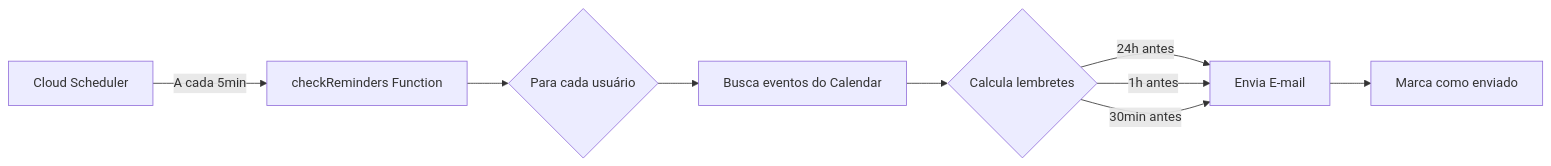
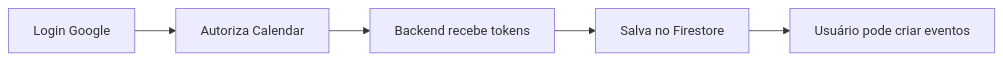
Before and after one commit to Ald3b4r4n/VidaExtra: the second of 2 diagrams in README.md, drawn with Mermaid. The commit also changed other lines of this file and 4 other files, not shown here.

````diff
--- a/README.md
+++ b/README.md
@@ -666,11 +606,7 @@
 ```mermaid
 graph LR
-    A[Cloud Scheduler] -->|A cada 5min| B[checkReminders Function]
-    B --> C{Para cada usuário}
-    C --> D[Busca eventos do Calendar]
-    D --> E{Calcula lembretes}
-    E -->|24h antes| F[Envia E-mail]
-    E -->|1h antes| F
-    E -->|30min antes| F
-    F --> G[Marca como enviado]
+    A[Login Google] --> B[Autoriza Calendar]
+    B --> C[Backend recebe tokens]
+    C --> D[Salva no Firestore]
+    D --> E[Usuário pode criar eventos]
 ```
````
